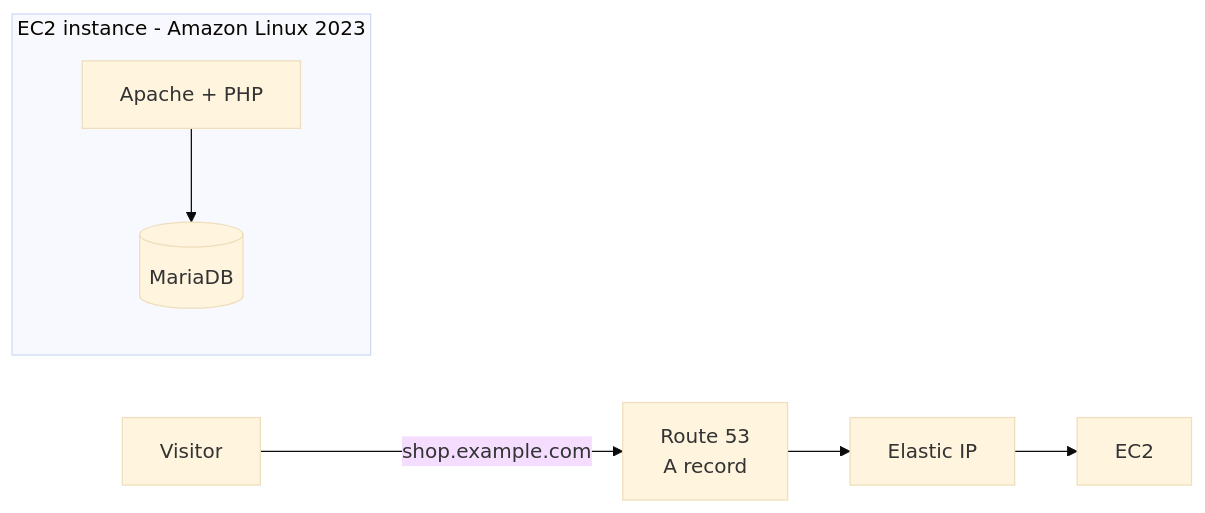
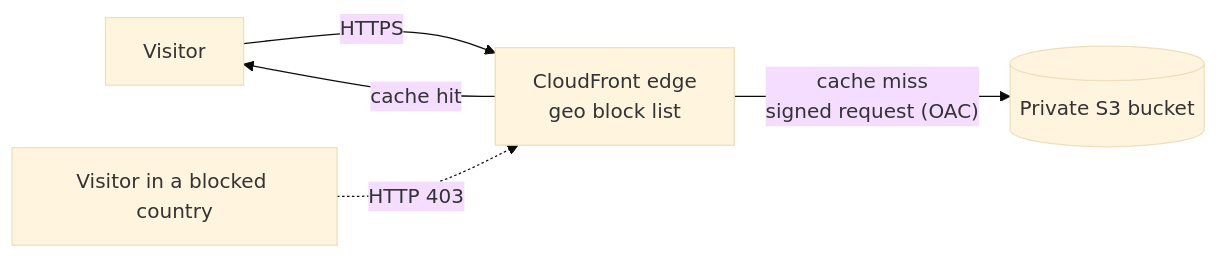
The diagram in README.md (hayleychepkwony/GeoGate-Region-Restricted-Static-Website-on-S3-and-CloudFront), drawn with Mermaid (base theme) before and after one commit. The commit also changed other lines of this file and 2 other files, not shown here.

````diff
--- a/README.md
+++ b/README.md
@@ -10,9 +14,7 @@
 ```mermaid
 flowchart LR
-    V[Visitor] -- shop.example.com --> R53[Route 53<br/>A record]
-    R53 --> EIP[Elastic IP]
-    EIP --> EC2
-    subgraph EC2 instance - Amazon Linux 2023
-      A[Apache + PHP] --> M[(MariaDB)]
-    end
+    V[Visitor] -- HTTPS --> E[CloudFront edge<br/>geo block list]
+    E -- cache hit --> V
+    E -- "cache miss<br/>signed request (OAC)" --> S[(Private S3 bucket)]
+    V2[Visitor in a blocked country] -. HTTP 403 .-> E
 ```
````
